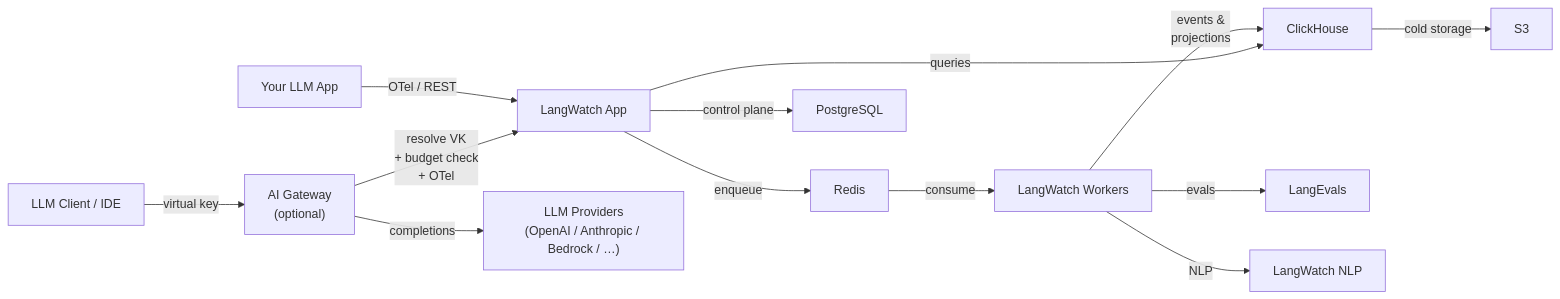
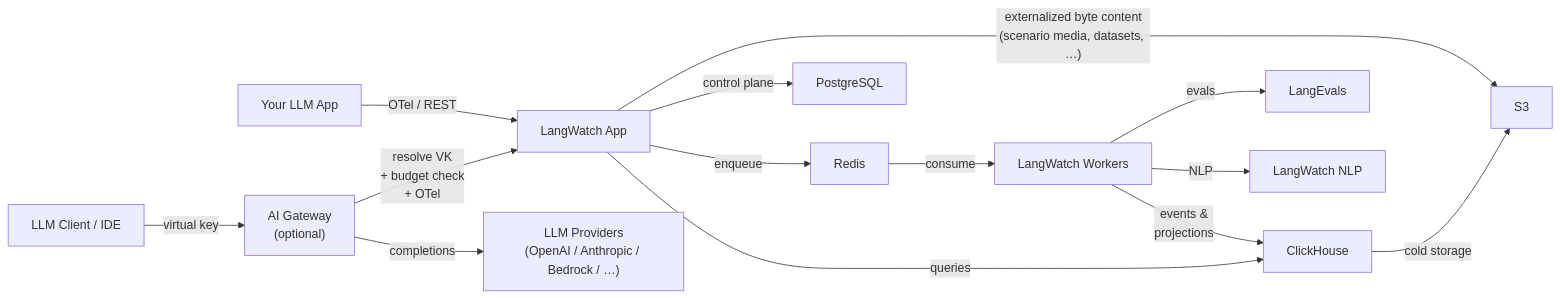
Before and after one commit to langwatch/langwatch: the diagram in docs/self-hosting/overview.mdx, drawn with Mermaid. The commit also changed 84 other files, not shown here.

First line of the commit message:
feat(stored-objects): externalize event byte content to stored_objects (#4053) (#4058)

````diff
--- a/docs/self-hosting/overview.mdx
+++ b/docs/self-hosting/overview.mdx
@@ -29,15 +29,16 @@
 ```mermaid
 graph LR
     SDK["Your LLM App"] -->|"OTel / REST"| App["LangWatch App"]
     Client["LLM Client / IDE"] -->|"virtual key"| Gateway["AI Gateway<br/>(optional)"]
     Gateway -->|"resolve VK<br/>+ budget check<br/>+ OTel"| App
     Gateway -->|"completions"| Providers["LLM Providers<br/>(OpenAI / Anthropic / Bedrock / …)"]
     App -->|"enqueue"| Redis["Redis"]
     Redis -->|"consume"| Workers["LangWatch Workers"]
     Workers -->|"events &<br/>projections"| CH["ClickHouse"]
     Workers -->|"evals"| Evals["LangEvals"]
     Workers -->|"NLP"| NLP["LangWatch NLP"]
     App -->|"queries"| CH
     App -->|"control plane"| PG["PostgreSQL"]
-    CH -->|"cold storage"| S3["S3"]
+    App -->|"externalized byte content<br/>(scenario media, datasets, …)"| S3["S3"]
+    CH -->|"cold storage"| S3
 ```
````
